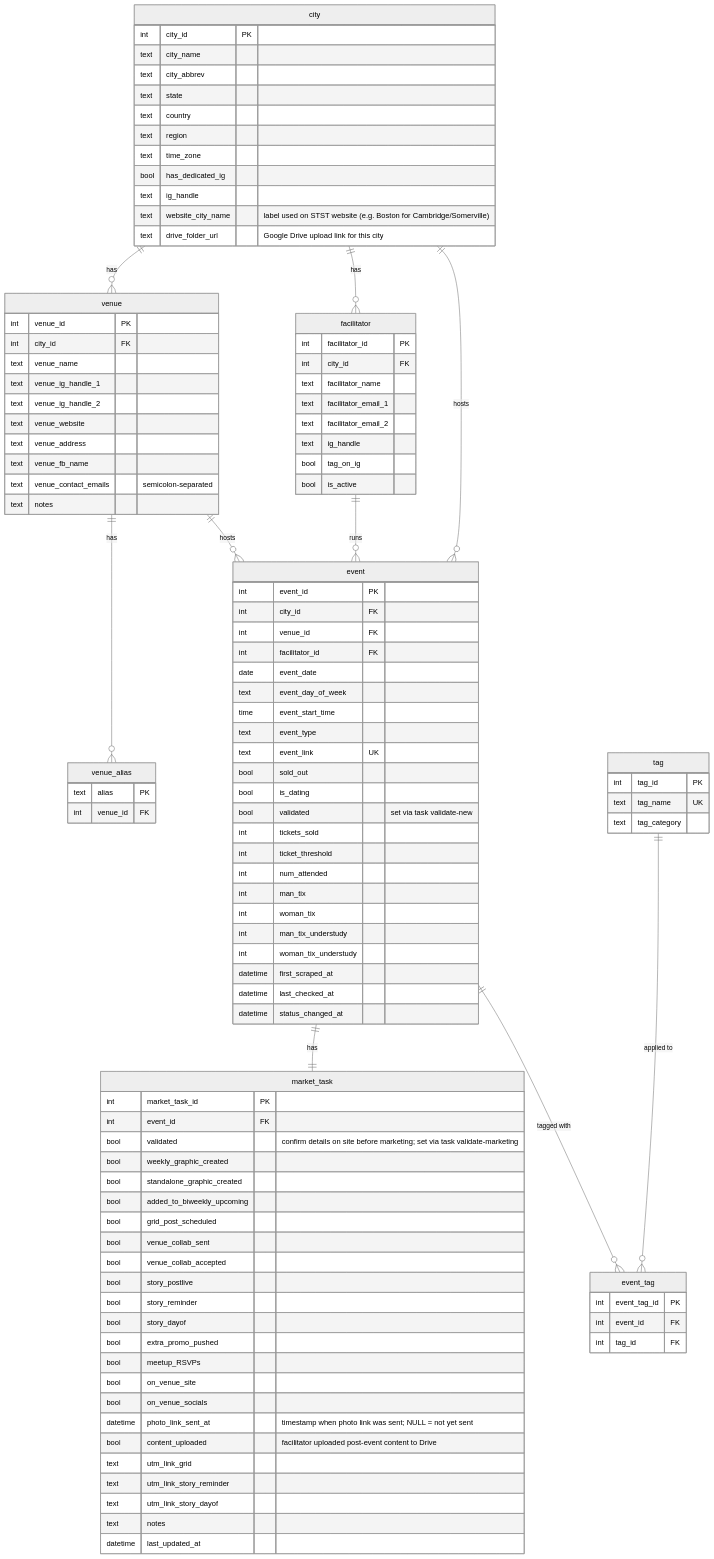
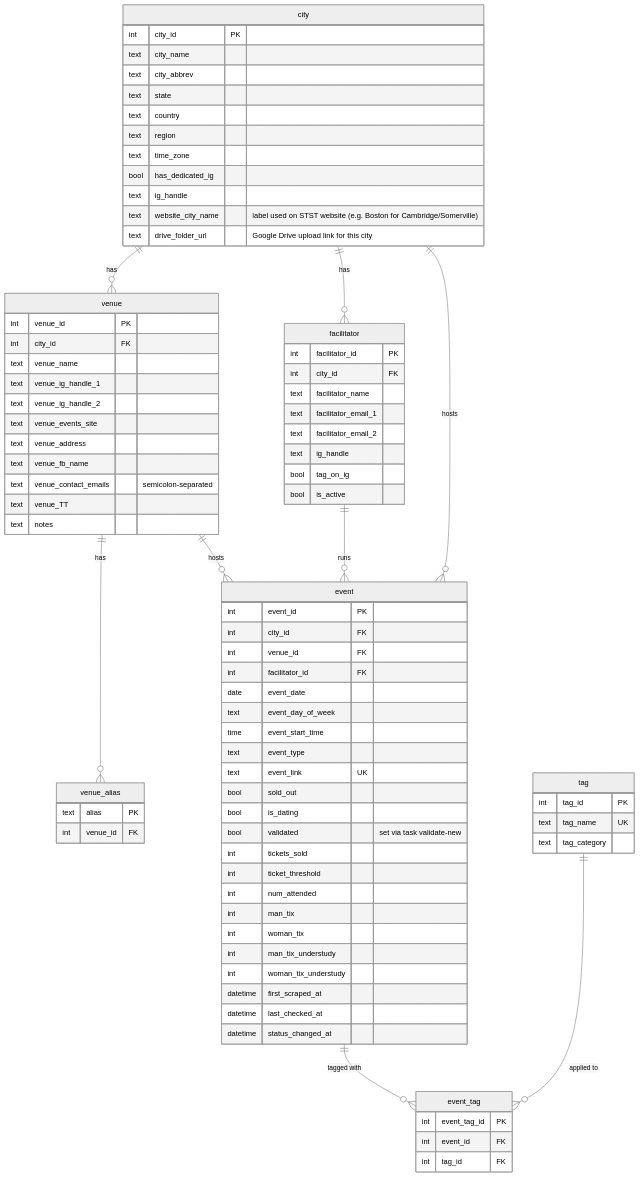
One commit to ellen-dege/stst_dev changed the diagram in README.md. Above: the diagram before and after it, drawn with Mermaid (neutral theme). The commit also changed other lines of this file and 10 other files, not shown here.

Commit message:
removed market_tasks table and updated venue table per latest workflow

```diff
--- a/README.md
+++ b/README.md
@@ -113,7 +112,6 @@
     venue ||--o{ venue_alias : "has"
     venue ||--o{ event : "hosts"
     facilitator ||--o{ event : "runs"
-    event ||--|| market_task : "has"
     event ||--o{ event_tag : "tagged with"
     tag ||--o{ event_tag : "applied to"
 
@@ -148,10 +146,11 @@
         text venue_name
         text venue_ig_handle_1
         text venue_ig_handle_2
-        text venue_website
+        text venue_events_site
         text venue_address
         text venue_fb_name
         text venue_contact_emails "semicolon-separated"
+        text venue_TT
         text notes
     }
 
@@ -185,32 +184,6 @@
         datetime status_changed_at
     }
 
-    market_task {
-        int market_task_id PK
-        int event_id FK
-        bool validated "confirm details on site before marketing; set via task validate-marketing"
-        bool weekly_graphic_created
-        bool standalone_graphic_created
-        bool added_to_biweekly_upcoming
-        bool grid_post_scheduled
-        bool venue_collab_sent
-        bool venue_collab_accepted
-        bool story_postlive
-        bool story_reminder
-        bool story_dayof
-        bool extra_promo_pushed
-        bool meetup_RSVPs
-        bool on_venue_site
-        bool on_venue_socials
-        datetime photo_link_sent_at "timestamp when photo link was sent; NULL = not yet sent"
-        bool content_uploaded "facilitator uploaded post-event content to Drive"
-        text utm_link_grid
-        text utm_link_story_reminder
-        text utm_link_story_dayof
-        text notes
-        datetime last_updated_at
-    }
-
     tag {
         int tag_id PK
         text tag_name UK
```
